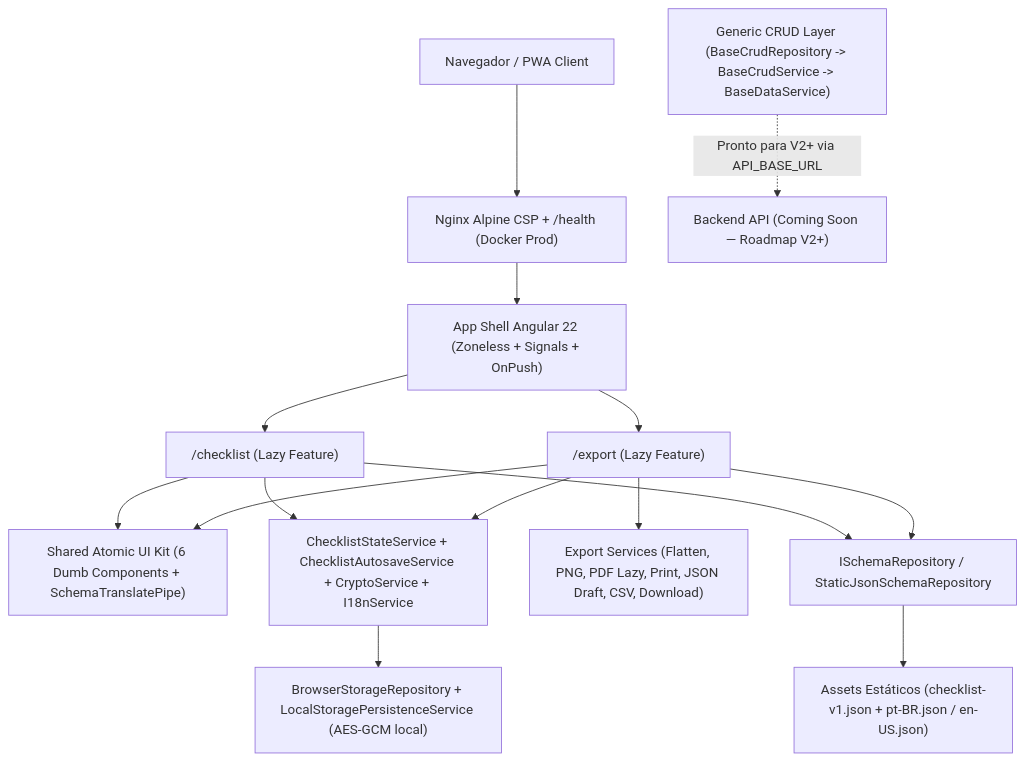
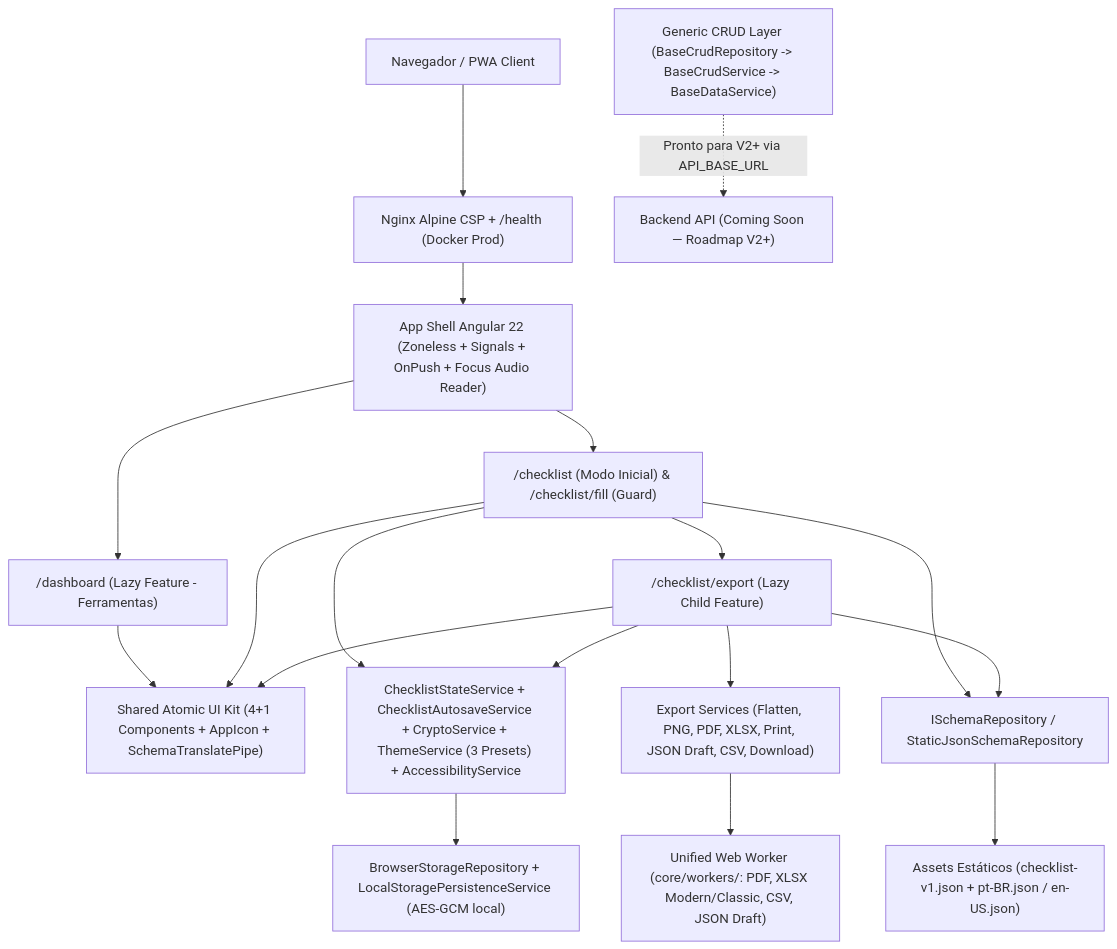
One commit to LeoneRocha/kinkconsentmanager changed the diagram in docs/ARCHITECTURE.md. Above: the diagram before and after it, drawn with Mermaid. The commit also changed other lines of this file and 22 other files, not shown here.

Commit message:
feat: initialize core themes repositories and layout components

````diff
--- a/docs/ARCHITECTURE.md
+++ b/docs/ARCHITECTURE.md
@@ -90,22 +95,25 @@
 ```mermaid
 flowchart TD
     Browser["Navegador / PWA Client"] --> Nginx["Nginx Alpine CSP + /health (Docker Prod)"]
-    Nginx --> Shell["App Shell Angular 22 (Zoneless + Signals + OnPush)"]
+    Nginx --> Shell["App Shell Angular 22 (Zoneless + Signals + OnPush + Focus Audio Reader)"]
 
-    Shell --> ChecklistRoute["/checklist (Lazy Feature)"]
-    Shell --> ExportRoute["/export (Lazy Feature)"]
+    Shell --> DashboardRoute["/dashboard (Lazy Feature - Ferramentas)"]
+    Shell --> ChecklistRoute["/checklist (Modo Inicial) & /checklist/fill (Guard)"]
+    ChecklistRoute --> ExportRoute["/checklist/export (Lazy Child Feature)"]
 
-    ChecklistRoute --> DumbKit["Shared Atomic UI Kit (6 Dumb Components + SchemaTranslatePipe)"]
+    DashboardRoute --> DumbKit["Shared Atomic UI Kit (4+1 Components + AppIcon + SchemaTranslatePipe)"]
+    ChecklistRoute --> DumbKit
     ExportRoute --> DumbKit
 
-    ChecklistRoute --> CoreState["ChecklistStateService + ChecklistAutosaveService + CryptoService + I18nService"]
+    ChecklistRoute --> CoreState["ChecklistStateService + ChecklistAutosaveService + CryptoService + ThemeService (3 Presets) + AccessibilityService"]
     ExportRoute --> CoreState
-    ExportRoute --> ExportServices["Export Services (Flatten, PNG, PDF Lazy, Print, JSON Draft, CSV, Download)"]
+    ExportRoute --> ExportServices["Export Services (Flatten, PNG, PDF, XLSX, Print, JSON Draft, CSV, Download)"]
+    ExportServices --> Workers["Unified Web Worker (core/workers/: PDF, XLSX Modern/Classic, CSV, JSON Draft)"]
 
     CoreState --> Storage["BrowserStorageRepository + LocalStoragePersistenceService (AES-GCM local)"]
     ChecklistRoute --> RepoLayer["ISchemaRepository / StaticJsonSchemaRepository"]
     ExportRoute --> RepoLayer
 
     RepoLayer --> StaticAssets["Assets Estáticos (checklist-v1.json + pt-BR.json / en-US.json)"]
     CrudLayer["Generic CRUD Layer (BaseCrudRepository -> BaseCrudService -> BaseDataService)"] -. "Pronto para V2+ via API_BASE_URL" .-> BackendSoon["Backend API (Coming Soon — Roadmap V2+)"]
 ```
````
